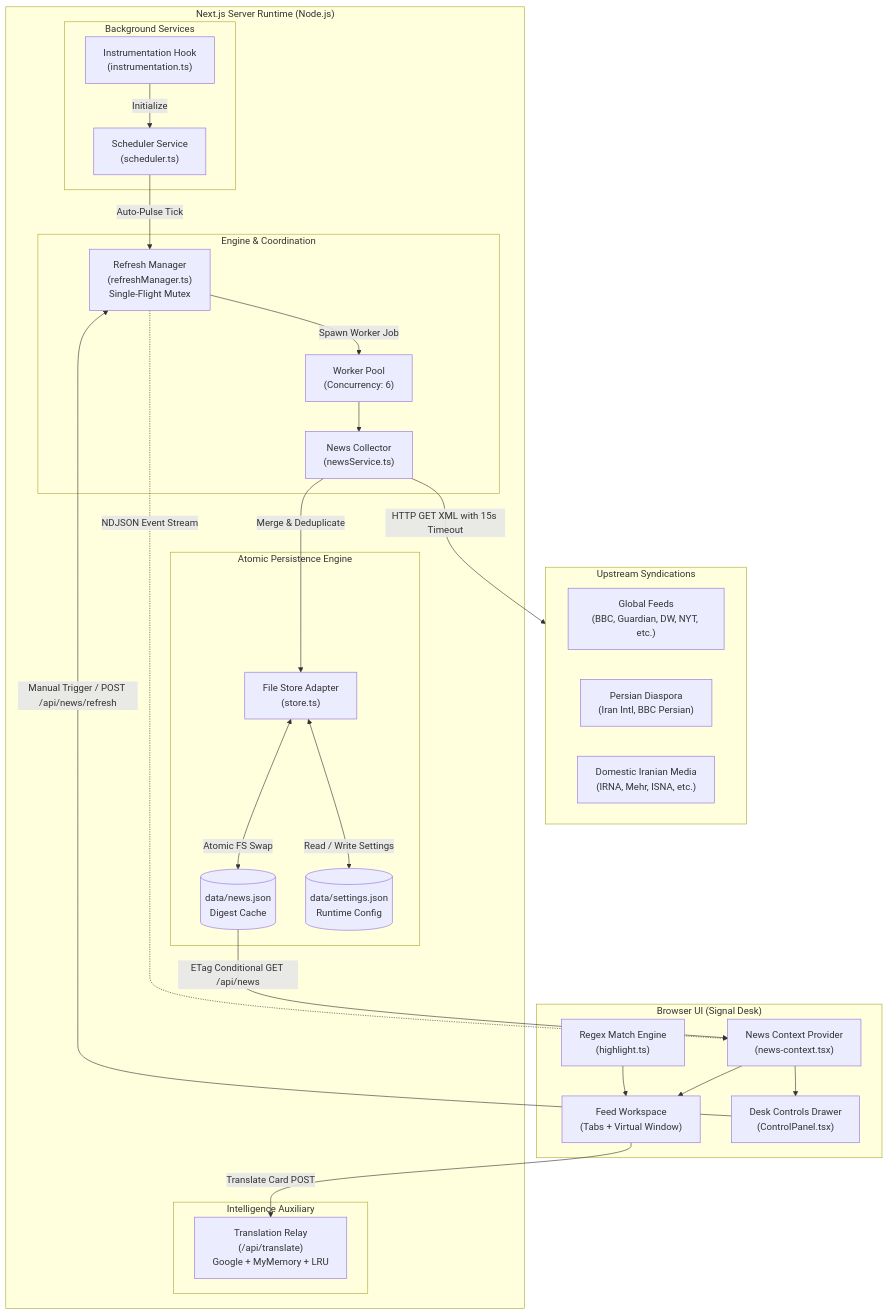
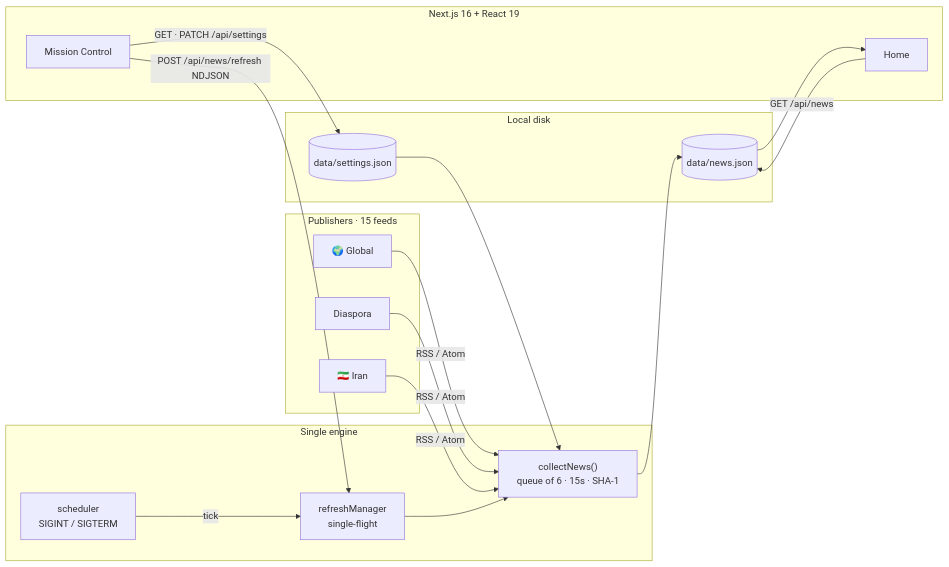
One commit to Moarthy/NewsHub changed the third of 4 diagrams in README.md. Above: the diagram before and after it, drawn with Mermaid. The commit also changed other lines of this file and 5 other files, not shown here.

First line of the commit message:
chore: upgrade to Next 16, React 19.2, Motion 13, TS 7

````diff
--- a/README.md
+++ b/README.md
@@ -62,56 +333,34 @@
 ```mermaid
-flowchart TD
-  subgraph Upstream["Upstream Syndications"]
-    G["Global Feeds\n(BBC, Guardian, DW, NYT, etc.)"]
-    D["Persian Diaspora\n(Iran Intl, BBC Persian)"]
-    I["Domestic Iranian Media\n(IRNA, Mehr, ISNA, etc.)"]
+flowchart LR
+  subgraph pubs["Publishers · 15 feeds"]
+    G["🌍 Global"]
+    P["Diaspora"]
+    I["🇮🇷 Iran"]
   end
 
-  subgraph Backend["Next.js Server Runtime (Node.js)"]
-    subgraph Sched["Background Services"]
-      INST["Instrumentation Hook\n(instrumentation.ts)"]
-      SCH["Scheduler Service\n(scheduler.ts)"]
-    end
-
-    subgraph Sync["Engine & Coordination"]
-      RM["Refresh Manager\n(refreshManager.ts)\nSingle-Flight Mutex"]
-      QUEUE["Worker Pool\n(Concurrency: 6)"]
-      COLLECT["News Collector\n(newsService.ts)"]
-    end
-
-    subgraph Trans["Intelligence Auxiliary"]
-      TRANS["Translation Relay\n(/api/translate)\nGoogle + MyMemory + LRU"]
-    end
-
-    subgraph Storage["Atomic Persistence Engine"]
-      STORE["File Store Adapter\n(store.ts)"]
-      NEWS_JSON[("data/news.json\nDigest Cache")]
-      CONF_JSON[("data/settings.json\nRuntime Config")]
-    end
+  subgraph engine["Single engine"]
+    CN["collectNews()<br/>queue of 6 · 15s · SHA-1"]
+    RM["refreshManager<br/>single-flight"]
+    SCH["scheduler<br/>SIGINT / SIGTERM"]
   end
 
-  subgraph Client["Browser UI (Signal Desk)"]
-    CTX["News Context Provider\n(news-context.tsx)"]
-    FEED["Feed Workspace\n(Tabs + Virtual Window)"]
-    CTRL["Desk Controls Drawer\n(ControlPanel.tsx)"]
-    SEARCH["Regex Match Engine\n(highlight.ts)"]
+  subgraph disk["Local disk"]
+    NJ[("data/news.json")]
+    SJ[("data/settings.json")]
   end
 
-  %% Connections
-  INST -->|Initialize| SCH
-  SCH -->|Auto-Pulse Tick| RM
-  CTRL -->|Manual Trigger / POST /api/news/refresh| RM
-  RM -->|Spawn Worker Job| QUEUE
-  QUEUE --> COLLECT
-  COLLECT -->|HTTP GET XML with 15s Timeout| Upstream
-  COLLECT -->|Merge & Deduplicate| STORE
-  STORE <-->|Atomic FS Swap| NEWS_JSON
-  STORE <-->|Read / Write Settings| CONF_JSON
+  subgraph ui["Next.js 16 + React 19"]
+    HOME["Home"]
+    MC["Mission Control"]
+  end
 
-  NEWS_JSON -->|ETag Conditional GET /api/news| CTX
-  RM -.->|NDJSON Event Stream| CTX
-  CTX --> FEED
-  CTX --> CTRL
-  SEARCH --> FEED
-  FEED -->|Translate Card POST| TRANS
+  G & P & I -->|RSS / Atom| CN
+  SCH -->|tick| RM
+  RM --> CN
+  SJ --> CN
+  CN --> NJ
+  NJ --> HOME
+  MC -->|POST /api/news/refresh NDJSON| RM
+  HOME -->|GET /api/news| NJ
+  MC -->|GET · PATCH /api/settings| SJ
 ```
````
